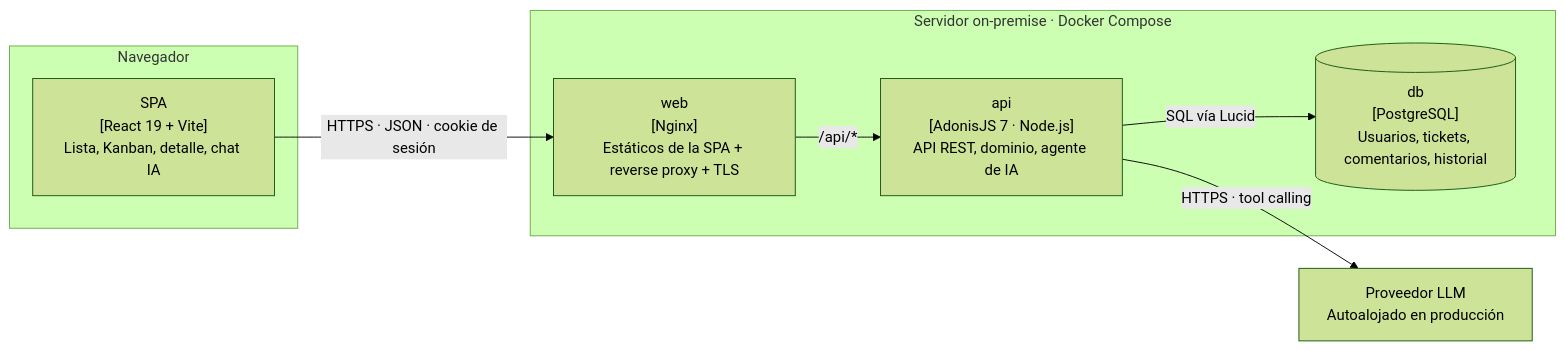
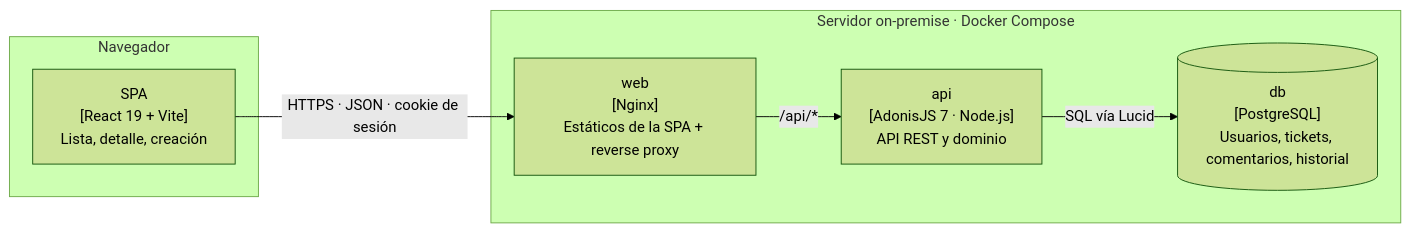
Before and after one commit to pedrolaralara/AI4Devs-finalproject: the second of 11 diagrams in ARQUITECTURA.md, drawn with Mermaid (forest theme). The commit also changed other lines of this file and 26 other files, not shown here.

````diff
--- a/ARQUITECTURA.md
+++ b/ARQUITECTURA.md
@@ -92,19 +90,17 @@
 ```mermaid
 flowchart LR
     subgraph Cliente["Navegador"]
-        SPA["SPA<br/>[React 19 + Vite]<br/>Lista, Kanban, detalle, chat IA"]
+        SPA["SPA<br/>[React 19 + Vite]<br/>Lista, detalle, creación"]
     end
 
     subgraph OnPrem["Servidor on-premise · Docker Compose"]
-        Proxy["web<br/>[Nginx]<br/>Estáticos de la SPA + reverse proxy + TLS"]
-        API["api<br/>[AdonisJS 7 · Node.js]<br/>API REST, dominio, agente de IA"]
+        Proxy["web<br/>[Nginx]<br/>Estáticos de la SPA + reverse proxy"]
+        API["api<br/>[AdonisJS 7 · Node.js]<br/>API REST y dominio"]
         DB[("db<br/>[PostgreSQL]<br/>Usuarios, tickets, comentarios, historial")]
     end
 
-    LLM["Proveedor LLM<br/>Autoalojado en producción"]
 
     SPA -- "HTTPS · JSON · cookie de sesión" --> Proxy
     Proxy -- "/api/*" --> API
     API -- "SQL vía Lucid" --> DB
-    API -- "HTTPS · tool calling" --> LLM
 ```
````
